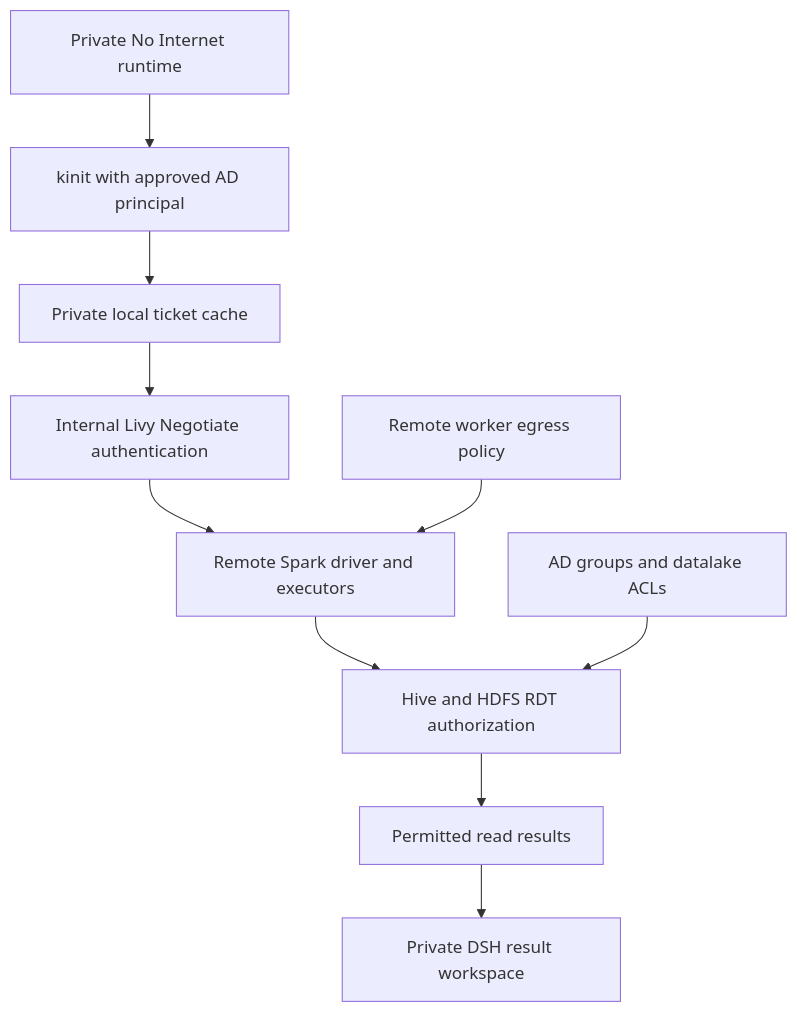
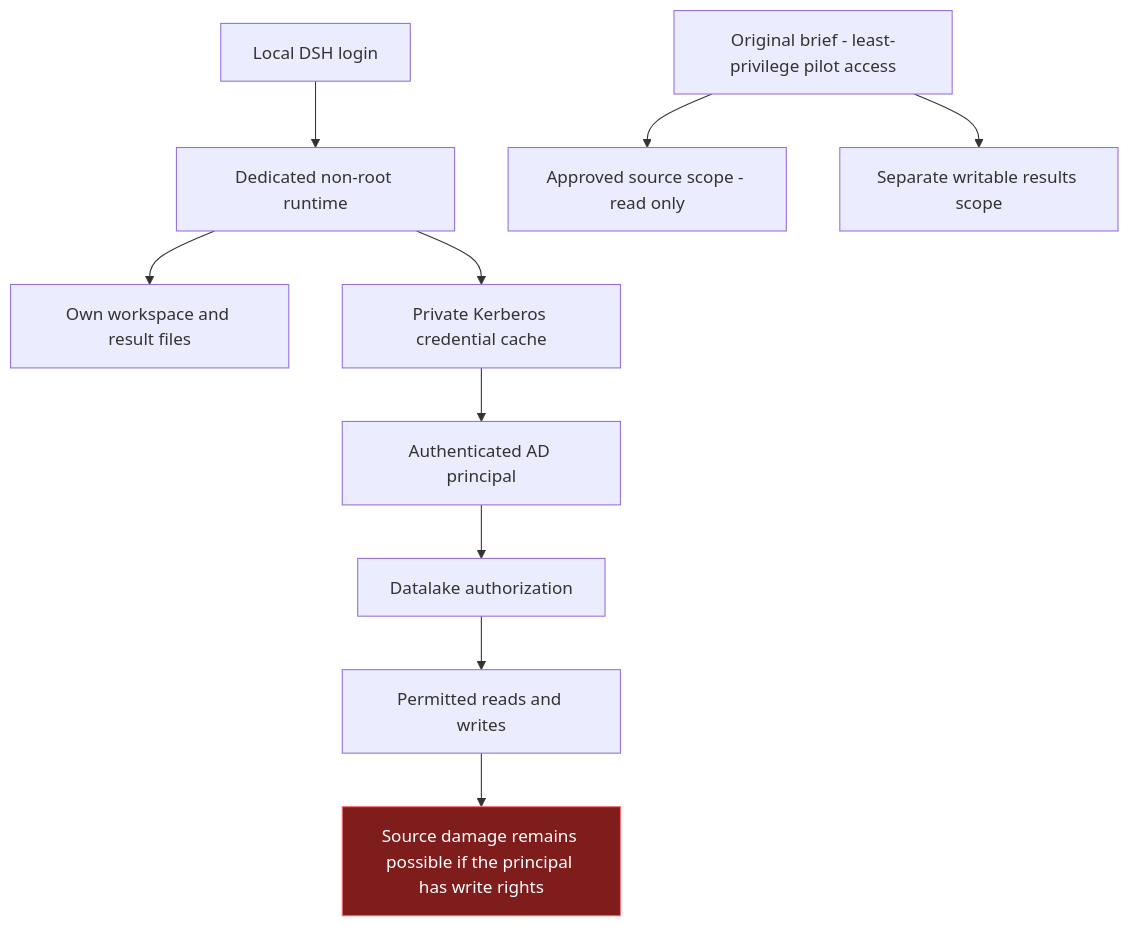
One commit to skunpoj/dsh_setup changed the second of 3 diagrams in docs/DSH_RDT_PILOT_SECURITY_CONTROL_ASSESSMENT.md. Above: the diagram before and after it, drawn with Mermaid. The commit also changed other lines of this file and 6 other files, not shown here.

Commit message:
Centre pilot report on the three risk controls and separate technical references

````diff
--- a/docs/DSH_RDT_PILOT_SECURITY_CONTROL_ASSESSMENT.md
+++ b/docs/DSH_RDT_PILOT_SECURITY_CONTROL_ASSESSMENT.md
@@ -91,12 +80,14 @@
 ```mermaid
 flowchart TB
- D[Private No Internet runtime] --> KA[kinit with approved AD principal]
- KA --> KC[Private local ticket cache]
- KC --> L[Internal Livy Negotiate authentication]
- L --> S[Remote Spark driver and executors]
- S --> R[Hive and HDFS RDT authorization]
- R --> O[Permitted read results]
- O --> W[Private DSH result workspace]
- P[AD groups and datalake ACLs] --> R
- X[Remote worker egress policy] --> S
+ A[Local DSH login] --> X[Dedicated non-root runtime]
+ X --> W[Own workspace and result files]
+ X --> K[Private Kerberos credential cache]
+ K --> P[Authenticated AD principal]
+ P --> D[Datalake authorization]
+ D --> Q[Permitted reads and writes]
+ Q --> F[Source damage remains possible if the principal has write rights]
+ T[Original brief - least-privilege pilot access] --> V[Approved source scope - read only]
+ T --> O[Separate writable results scope]
+ classDef exposure fill:#7f1d1d,stroke:#f87171,color:#ffffff
+ class F exposure
 ```
````
